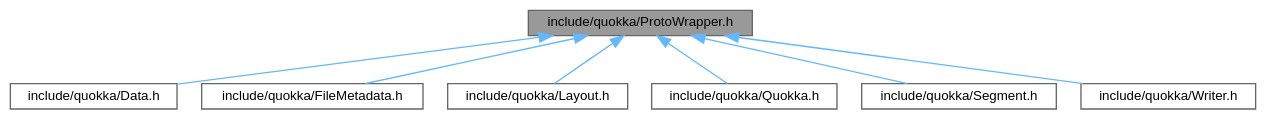
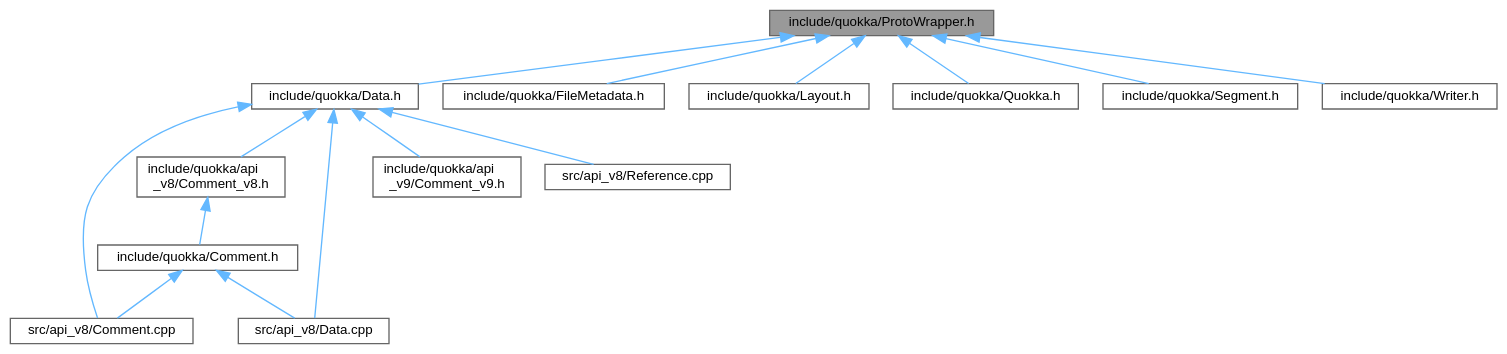
Before and after one commit to quarkslab/quokka: the diagram in reference/cpp/ProtoWrapper_8h__dep__incl.dot, drawn with Graphviz. The commit also changed 83 other files, not shown here.

```diff
--- a/reference/cpp/ProtoWrapper_8h__dep__incl.dot
+++ b/reference/cpp/ProtoWrapper_8h__dep__incl.dot
@@ -1,20 +1,34 @@
 digraph "include/quokka/ProtoWrapper.h"
 {
  // LATEX_PDF_SIZE
   bgcolor="transparent";
   edge [fontname=Helvetica,fontsize=10,labelfontname=Helvetica,labelfontsize=10];
   node [fontname=Helvetica,fontsize=10,shape=box,height=0.2,width=0.4];
   Node1 [id="Node000001",label="include/quokka/ProtoWrapper.h",height=0.2,width=0.4,color="gray40", fillcolor="grey60", style="filled", fontcolor="black",tooltip=" "];
   Node1 -> Node2 [id="edge1_Node000001_Node000002",dir="back",color="steelblue1",style="solid",tooltip=" "];
   Node2 [id="Node000002",label="include/quokka/Data.h",height=0.2,width=0.4,color="grey40", fillcolor="white", style="filled",URL="$Data_8h.html",tooltip=" "];
-  Node1 -> Node3 [id="edge2_Node000001_Node000003",dir="back",color="steelblue1",style="solid",tooltip=" "];
-  Node3 [id="Node000003",label="include/quokka/FileMetadata.h",height=0.2,width=0.4,color="grey40", fillcolor="white", style="filled",URL="$FileMetadata_8h.html",tooltip=" "];
-  Node1 -> Node4 [id="edge3_Node000001_Node000004",dir="back",color="steelblue1",style="solid",tooltip=" "];
-  Node4 [id="Node000004",label="include/quokka/Layout.h",height=0.2,width=0.4,color="grey40", fillcolor="white", style="filled",URL="$Layout_8h.html",tooltip=" "];
-  Node1 -> Node5 [id="edge4_Node000001_Node000005",dir="back",color="steelblue1",style="solid",tooltip=" "];
-  Node5 [id="Node000005",label="include/quokka/Quokka.h",height=0.2,width=0.4,color="grey40", fillcolor="white", style="filled",URL="$Quokka_8h.html",tooltip=" "];
-  Node1 -> Node6 [id="edge5_Node000001_Node000006",dir="back",color="steelblue1",style="solid",tooltip=" "];
-  Node6 [id="Node000006",label="include/quokka/Segment.h",height=0.2,width=0.4,color="grey40", fillcolor="white", style="filled",URL="$Segment_8h.html",tooltip=" "];
-  Node1 -> Node7 [id="edge6_Node000001_Node000007",dir="back",color="steelblue1",style="solid",tooltip=" "];
-  Node7 [id="Node000007",label="include/quokka/Writer.h",height=0.2,width=0.4,color="grey40", fillcolor="white", style="filled",URL="$Writer_8h.html",tooltip=" "];
+  Node2 -> Node3 [id="edge2_Node000002_Node000003",dir="back",color="steelblue1",style="solid",tooltip=" "];
+  Node3 [id="Node000003",label="include/quokka/api\l_v8/Comment_v8.h",height=0.2,width=0.4,color="grey40", fillcolor="white", style="filled",URL="$Comment__v8_8h_source.html",tooltip=" "];
+  Node3 -> Node4 [id="edge3_Node000003_Node000004",dir="back",color="steelblue1",style="solid",tooltip=" "];
+  Node4 [id="Node000004",label="include/quokka/Comment.h",height=0.2,width=0.4,color="grey40", fillcolor="white", style="filled",URL="$Comment_8h.html",tooltip=" "];
+  Node4 -> Node5 [id="edge4_Node000004_Node000005",dir="back",color="steelblue1",style="solid",tooltip=" "];
+  Node5 [id="Node000005",label="src/api_v8/Comment.cpp",height=0.2,width=0.4,color="grey40", fillcolor="white", style="filled",URL="$api__v8_2Comment_8cpp_source.html",tooltip=" "];
+  Node4 -> Node6 [id="edge5_Node000004_Node000006",dir="back",color="steelblue1",style="solid",tooltip=" "];
+  Node6 [id="Node000006",label="src/api_v8/Data.cpp",height=0.2,width=0.4,color="grey40", fillcolor="white", style="filled",URL="$api__v8_2Data_8cpp_source.html",tooltip=" "];
+  Node2 -> Node7 [id="edge6_Node000002_Node000007",dir="back",color="steelblue1",style="solid",tooltip=" "];
+  Node7 [id="Node000007",label="include/quokka/api\l_v9/Comment_v9.h",height=0.2,width=0.4,color="grey40", fillcolor="white", style="filled",URL="$Comment__v9_8h.html",tooltip=" "];
+  Node2 -> Node5 [id="edge7_Node000002_Node000005",dir="back",color="steelblue1",style="solid",tooltip=" "];
+  Node2 -> Node6 [id="edge8_Node000002_Node000006",dir="back",color="steelblue1",style="solid",tooltip=" "];
+  Node2 -> Node8 [id="edge9_Node000002_Node000008",dir="back",color="steelblue1",style="solid",tooltip=" "];
+  Node8 [id="Node000008",label="src/api_v8/Reference.cpp",height=0.2,width=0.4,color="grey40", fillcolor="white", style="filled",URL="$api__v8_2Reference_8cpp_source.html",tooltip=" "];
+  Node1 -> Node9 [id="edge10_Node000001_Node000009",dir="back",color="steelblue1",style="solid",tooltip=" "];
+  Node9 [id="Node000009",label="include/quokka/FileMetadata.h",height=0.2,width=0.4,color="grey40", fillcolor="white", style="filled",URL="$FileMetadata_8h.html",tooltip=" "];
+  Node1 -> Node10 [id="edge11_Node000001_Node000010",dir="back",color="steelblue1",style="solid",tooltip=" "];
+  Node10 [id="Node000010",label="include/quokka/Layout.h",height=0.2,width=0.4,color="grey40", fillcolor="white", style="filled",URL="$Layout_8h.html",tooltip=" "];
+  Node1 -> Node11 [id="edge12_Node000001_Node000011",dir="back",color="steelblue1",style="solid",tooltip=" "];
+  Node11 [id="Node000011",label="include/quokka/Quokka.h",height=0.2,width=0.4,color="grey40", fillcolor="white", style="filled",URL="$Quokka_8h.html",tooltip=" "];
+  Node1 -> Node12 [id="edge13_Node000001_Node000012",dir="back",color="steelblue1",style="solid",tooltip=" "];
+  Node12 [id="Node000012",label="include/quokka/Segment.h",height=0.2,width=0.4,color="grey40", fillcolor="white", style="filled",URL="$Segment_8h.html",tooltip=" "];
+  Node1 -> Node13 [id="edge14_Node000001_Node000013",dir="back",color="steelblue1",style="solid",tooltip=" "];
+  Node13 [id="Node000013",label="include/quokka/Writer.h",height=0.2,width=0.4,color="grey40", fillcolor="white", style="filled",URL="$Writer_8h.html",tooltip=" "];
 }
```
